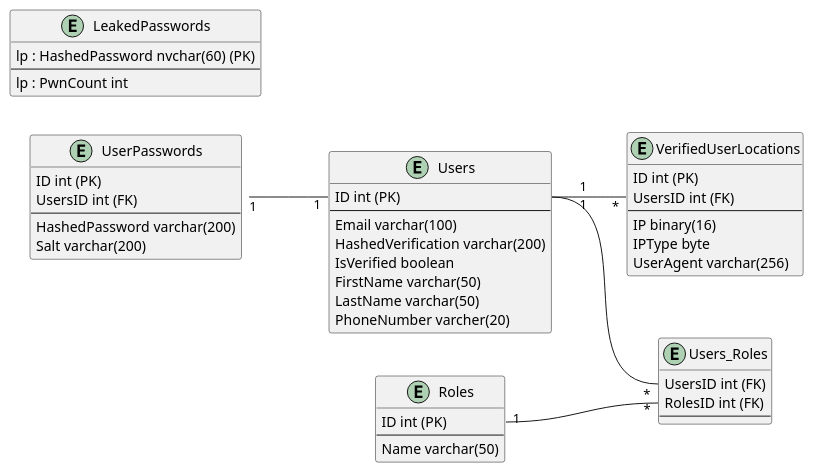
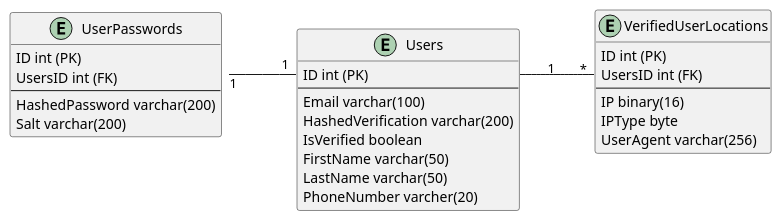
Before and after one commit to blackout1471/trust-us-school: the diagram in Docs/ERD/Login-ERD.plantuml, drawn with PlantUML. The commit also changed 1 other file, not shown here.

Commit message:
Removed roles for erd

```diff
--- a/Docs/ERD/Login-ERD.plantuml
+++ b/Docs/ERD/Login-ERD.plantuml
@@ -1,57 +1,36 @@
 @startuml ERD
 left to right direction
 
 entity "UserPasswords" as up{
     ID int (PK)
     UsersID int (FK)
     --
     HashedPassword varchar(200)
     Salt varchar(200)
 }
 
 entity Users {
     ID int (PK)
     --
     Email varchar(100)
     HashedVerification varchar(200)
     IsVerified boolean
     FirstName varchar(50)
     LastName varchar(50)
     PhoneNumber varcher(20)
 }
 entity "VerifiedUserLocations" as vul {
     ID int (PK)
     UsersID int (FK)
     --
     IP binary(16)
     IPType byte
     UserAgent varchar(256)
 }
 
-entity "Users_Roles" as ur {
-    UsersID int (FK)
-    RolesID int (FK)
-    --
-}
-
-entity Roles {
-    ID int (PK)
-    --
-    Name varchar(50)
-}
-
-entity "LeakedPasswords" as lp {
-    lp : HashedPassword nvchar(60) (PK)
-    --
-    lp : PwnCount int
-}
-
-Users::ID"      1" -- "*"ur::UsersID
-Roles::ID"1" -- "*"ur::RolesID
-
 Users::ID"      1" -- "*"vul::UsersID
 
 up::UserID"1" -- "1"Users::ID
 
 
 @enduml
```
